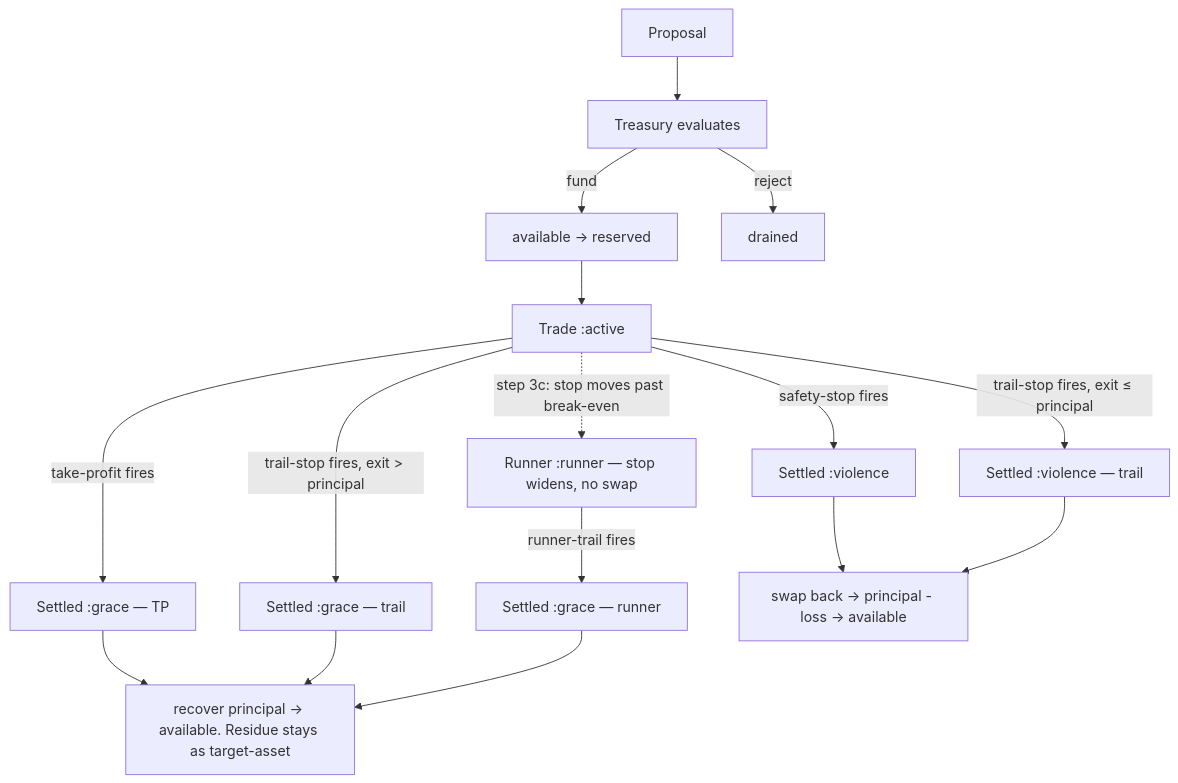
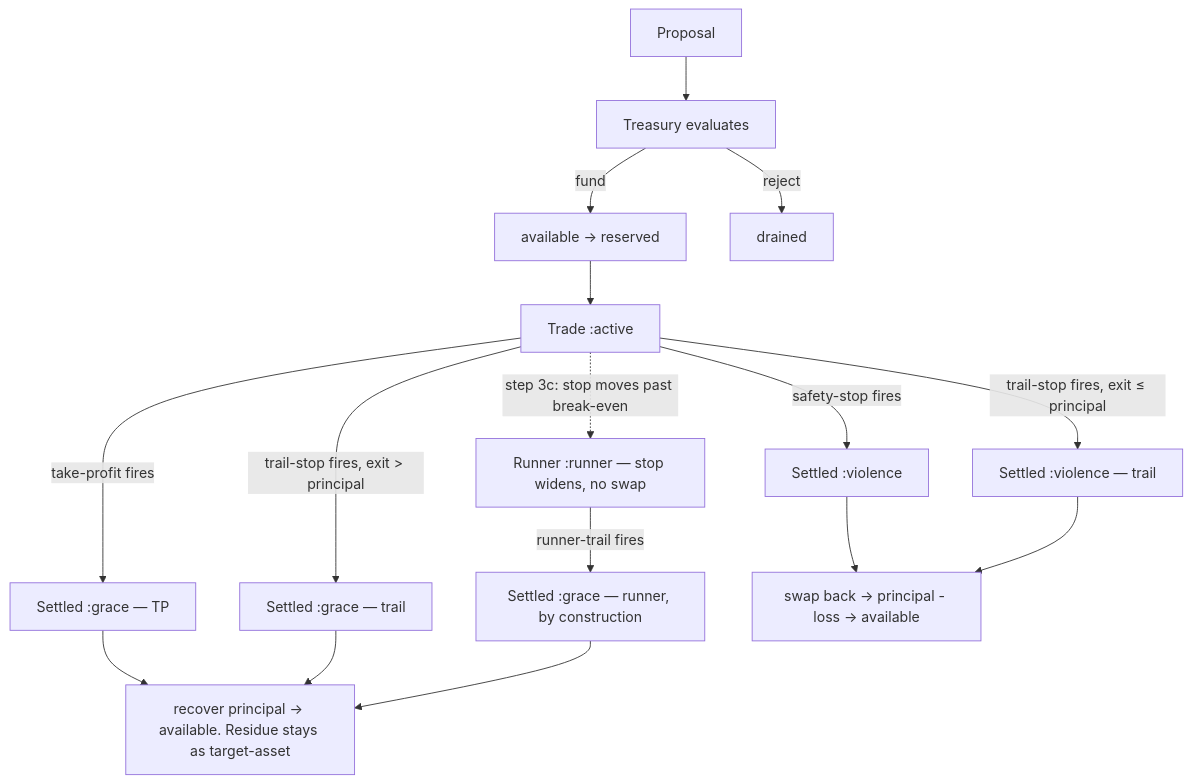
The fifth of 9 diagrams in wat/CIRCUIT.md (watmin/holon-lab-trading), drawn with Mermaid before and after one commit. The commit also changed other lines of this file and 2 other files, not shown here.

````diff
--- a/wat/CIRCUIT.md
+++ b/wat/CIRCUIT.md
@@ -155,18 +155,18 @@
 ```mermaid
 graph TD
     PR[Proposal] --> TR[Treasury evaluates]
     TR -->|fund| AV[available → reserved]
     AV --> TD[Trade :active]
     TD -->|safety-stop fires| SV[Settled :violence]
     TD -->|take-profit fires| SG1[Settled :grace — TP]
     TD -->|trail-stop fires, exit > principal| SG2[Settled :grace — trail]
     TD -->|trail-stop fires, exit ≤ principal| SV2[Settled :violence — trail]
     TD -.->|step 3c: stop moves past break-even| RN[Runner :runner — stop widens, no swap]
-    RN -->|runner-trail fires| SG3[Settled :grace — runner]
+    RN -->|runner-trail fires| SG3[Settled :grace — runner, by construction]
     SV --> EXIT1[swap back → principal - loss → available]
     SG1 --> EXIT2[recover principal → available. Residue stays as target-asset]
     SG2 --> EXIT2
     SG3 --> EXIT2
     SV2 --> EXIT1
     TR -->|reject| DR[drained]
 ```
````
